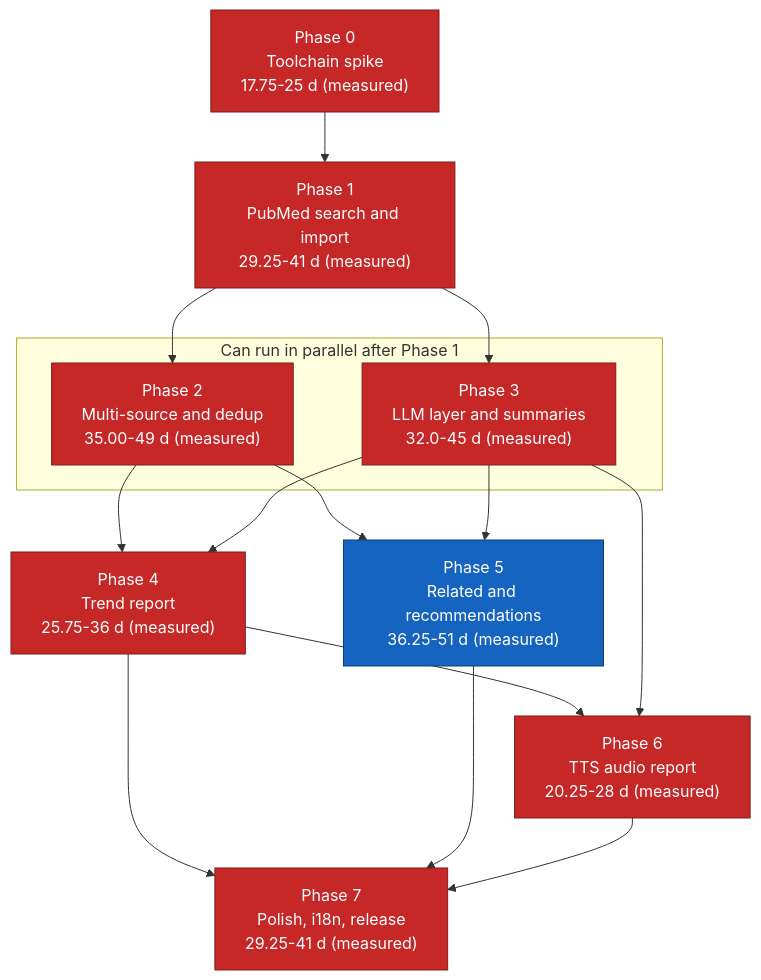
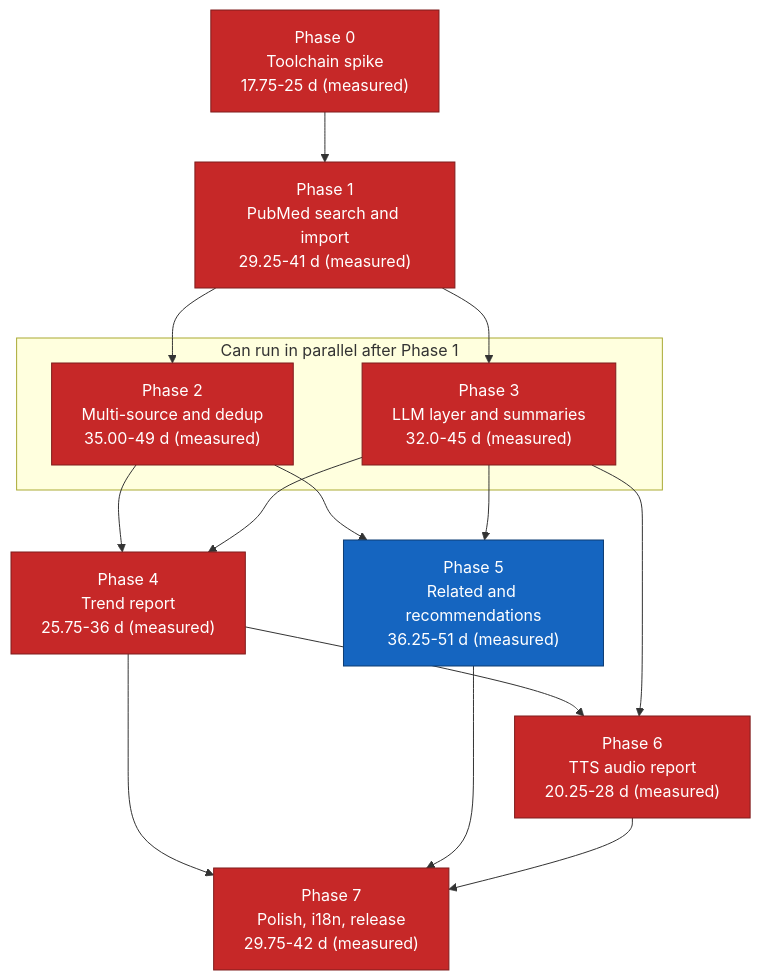
Before and after one commit to suppakoko/research_helper: the diagram in docs/11-implementation-roadmap.md, drawn with Mermaid. The commit also changed other lines of this file and 51 other files, not shown here.

````diff
--- a/docs/11-implementation-roadmap.md
+++ b/docs/11-implementation-roadmap.md
@@ -327,34 +327,34 @@
 ```mermaid
 graph TD
     P0["Phase 0<br/>Toolchain spike<br/>17.75-25 d (measured)"]
     P1["Phase 1<br/>PubMed search and import<br/>29.25-41 d (measured)"]
     P2["Phase 2<br/>Multi-source and dedup<br/>35.00-49 d (measured)"]
     P3["Phase 3<br/>LLM layer and summaries<br/>32.0-45 d (measured)"]
     P4["Phase 4<br/>Trend report<br/>25.75-36 d (measured)"]
     P5["Phase 5<br/>Related and recommendations<br/>36.25-51 d (measured)"]
     P6["Phase 6<br/>TTS audio report<br/>20.25-28 d (measured)"]
-    P7["Phase 7<br/>Polish, i18n, release<br/>29.25-41 d (measured)"]
+    P7["Phase 7<br/>Polish, i18n, release<br/>29.75-42 d (measured)"]
 
     P0 --> P1
     P1 --> P2
     P1 --> P3
     P2 --> P4
     P3 --> P4
     P2 --> P5
     P3 --> P5
     P4 --> P6
     P3 --> P6
     P4 --> P7
     P5 --> P7
     P6 --> P7
 
     subgraph parallel["Can run in parallel after Phase 1"]
         P2
         P3
     end
 
     classDef critical fill:#c62828,stroke:#7f1d1d,color:#ffffff
     classDef normal fill:#1565c0,stroke:#0d3c73,color:#ffffff
     class P0,P1,P2,P3,P4,P6,P7 critical
     class P5 normal
 ```
````
